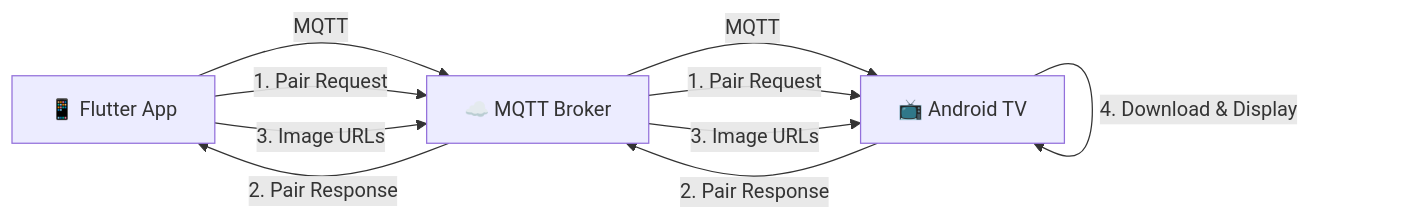
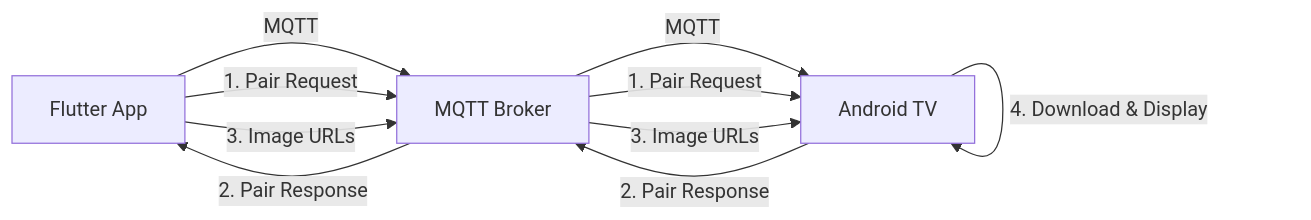
Before and after one commit to sebahattinn/Flutter_TV_Projesi: the diagram in README.md, drawn with Mermaid. The commit also changed other lines of this file, not shown here.

````diff
--- a/README.md
+++ b/README.md
@@ -15,13 +15,13 @@
 ```mermaid
 graph LR
-    A[📱 Flutter App] -->|MQTT| B[☁️ MQTT Broker]
-    B -->|MQTT| C[📺 Android TV]
+    A[ Flutter App] -->|MQTT| B[ MQTT Broker]
+    B -->|MQTT| C[ Android TV]
     
     A -->|1. Pair Request| B
     B -->|1. Pair Request| C
     C -->|2. Pair Response| B
     B -->|2. Pair Response| A
     A -->|3. Image URLs| B
     B -->|3. Image URLs| C
     C -->|4. Download & Display| C
 ```
````
